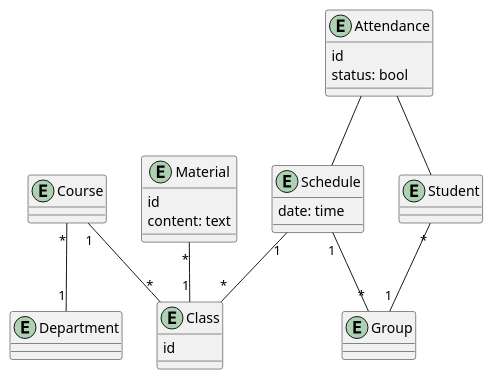
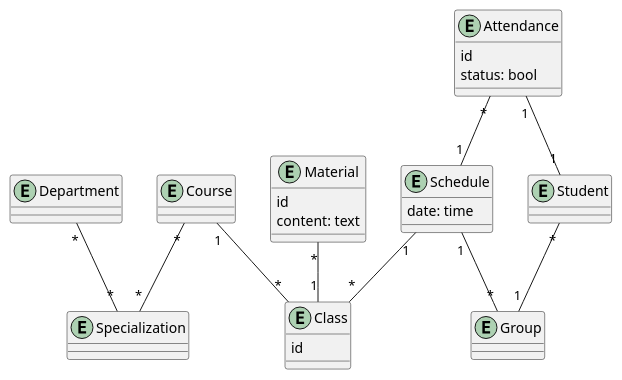
One commit to ruslanonly/university-student-managment-system changed the diagram in model.puml. Above: the diagram before and after it, drawn with PlantUML.

Commit message:
model.puml

```diff
--- a/model.puml
+++ b/model.puml
@@ -1,51 +1,55 @@
 @startuml
 
 entity Department {
 
 }
 
 entity Group {
 
 }
 
 entity Student {
 
 }
 
 entity Course {
 
 }
 
 entity Schedule {
   date: time
 }
 
 entity Class {
   id 
 }
 
 entity Material {
   id
   content: text
 }
 
 entity Attendance {
   id 
   status: bool
 }
 
+entity Specialization {}
+
 Material "*" -- "1" Class
 
 Schedule "1" -- "*" Class
 Schedule "1" -- "*" Group
 
-Attendance -- Schedule
-Attendance -- Student
+Attendance "*" -- "1" Schedule
+Attendance "1" -- "1" Student
 
 Student "*" -- "1" Group
 
 Course "1" -- "*" Class
 
-Course "*" -- "1" Department
+Course "*" -- "*" Specialization
+
+Department "*" -- "*" Specialization
 
 @enduml
```
